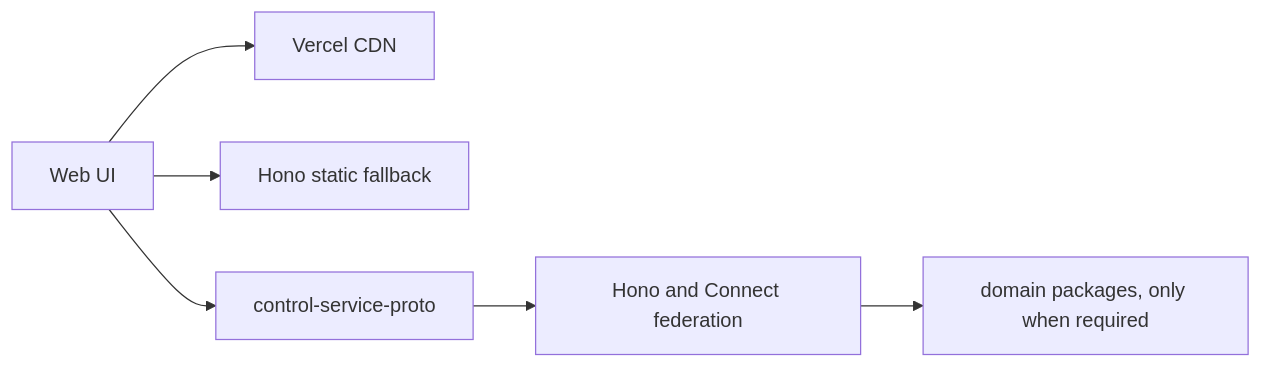
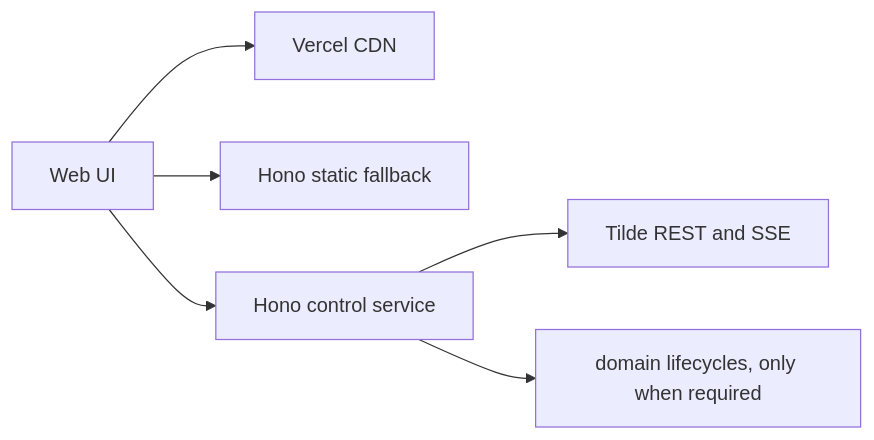
Before and after one commit to trytilde/dispatch: the diagram in docs/adrs/0005-ux-first-application-reset.md, drawn with Mermaid. The commit also changed other lines of this file and 100 other files, not shown here.

````diff
--- a/docs/adrs/0005-ux-first-application-reset.md
+++ b/docs/adrs/0005-ux-first-application-reset.md
@@ -30,8 +30,8 @@
 ```mermaid
 flowchart LR
   U["Web UI"] --> V["Vercel CDN"]
   U --> S["Hono static fallback"]
-  U --> C["control-service-proto"]
-  C --> H["Hono and Connect federation"]
-  H --> P["domain packages, only when required"]
+  U --> H["Hono control service"]
+  H --> T["Tilde REST and SSE"]
+  H --> P["domain lifecycles, only when required"]
 ```
````
